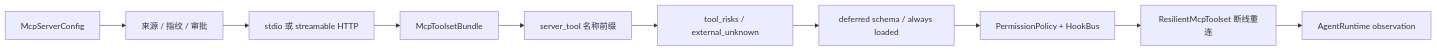
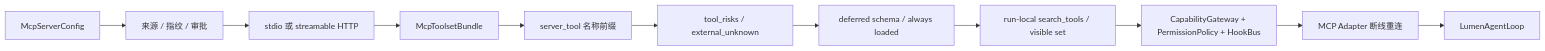
Before and after one commit to JasonYZzz/lumen: the first of 2 diagrams in docs/architecture-guide/09-mcp-and-skills.md, drawn with Mermaid. The commit also changed other lines of this file and 279 other files, not shown here.

````diff
--- a/docs/architecture-guide/09-mcp-and-skills.md
+++ b/docs/architecture-guide/09-mcp-and-skills.md
@@ -18,12 +18,13 @@
 ```mermaid
 flowchart LR
     Config["McpServerConfig"] --> Trust["来源 / 指纹 / 审批"]
     Trust --> Transport["stdio 或 streamable HTTP"]
     Transport --> Bundle["McpToolsetBundle"]
     Bundle --> Prefix["server_tool 名称前缀"]
     Prefix --> Risk["tool_risks / external_unknown"]
     Risk --> Deferred["deferred schema / always loaded"]
-    Deferred --> Policy["PermissionPolicy + HookBus"]
-    Policy --> Resilient["ResilientMcpToolset 断线重连"]
-    Resilient --> Runtime["AgentRuntime observation"]
+    Deferred --> Search["run-local search_tools / visible set"]
+    Search --> Policy["CapabilityGateway + PermissionPolicy + HookBus"]
+    Policy --> Resilient["MCP Adapter 断线重连"]
+    Resilient --> Runtime["LumenAgentLoop"]
 ```
````
